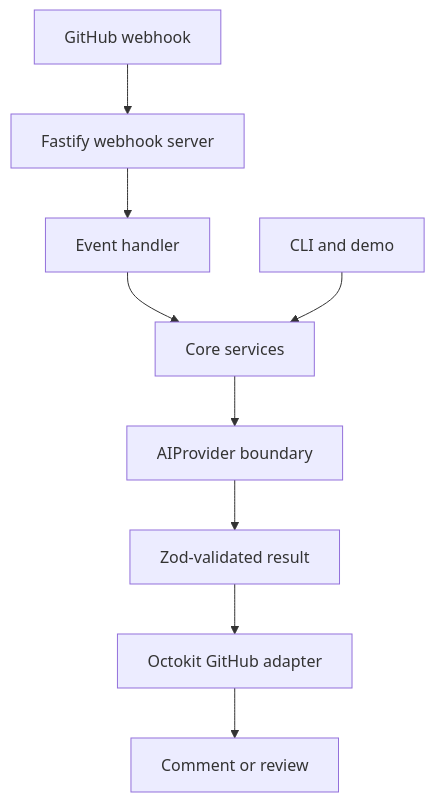
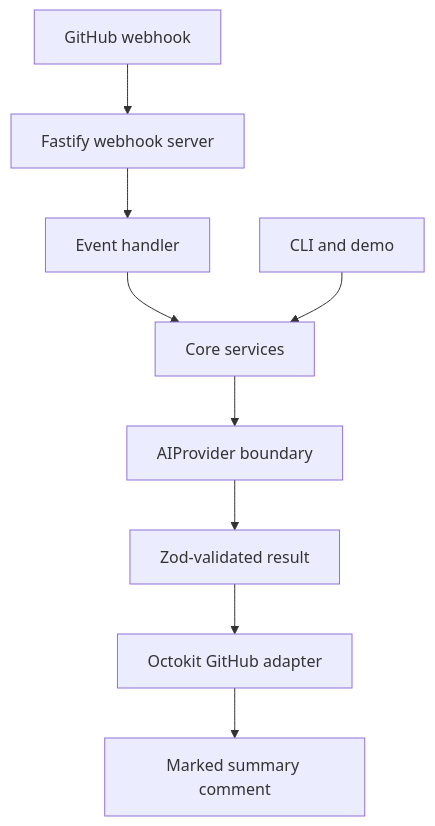
Before and after one commit to kitkat-ux/openmaintainer: the first of 3 diagrams in docs/architecture.md, drawn with Mermaid. The commit also changed other lines of this file and 72 other files, not shown here.

````diff
--- a/docs/architecture.md
+++ b/docs/architecture.md
@@ -5,11 +5,11 @@
 ```mermaid
 flowchart TD
   GH[GitHub webhook] --> HTTP[Fastify webhook server]
   HTTP --> Handler[Event handler]
   Handler --> Core[Core services]
   Core --> AI[AIProvider boundary]
   AI --> Result[Zod-validated result]
   Result --> Adapter[Octokit GitHub adapter]
-  Adapter --> Comment[Comment or review]
+  Adapter --> Comment[Marked summary comment]
   CLI[CLI and demo] --> Core
 ```
````
